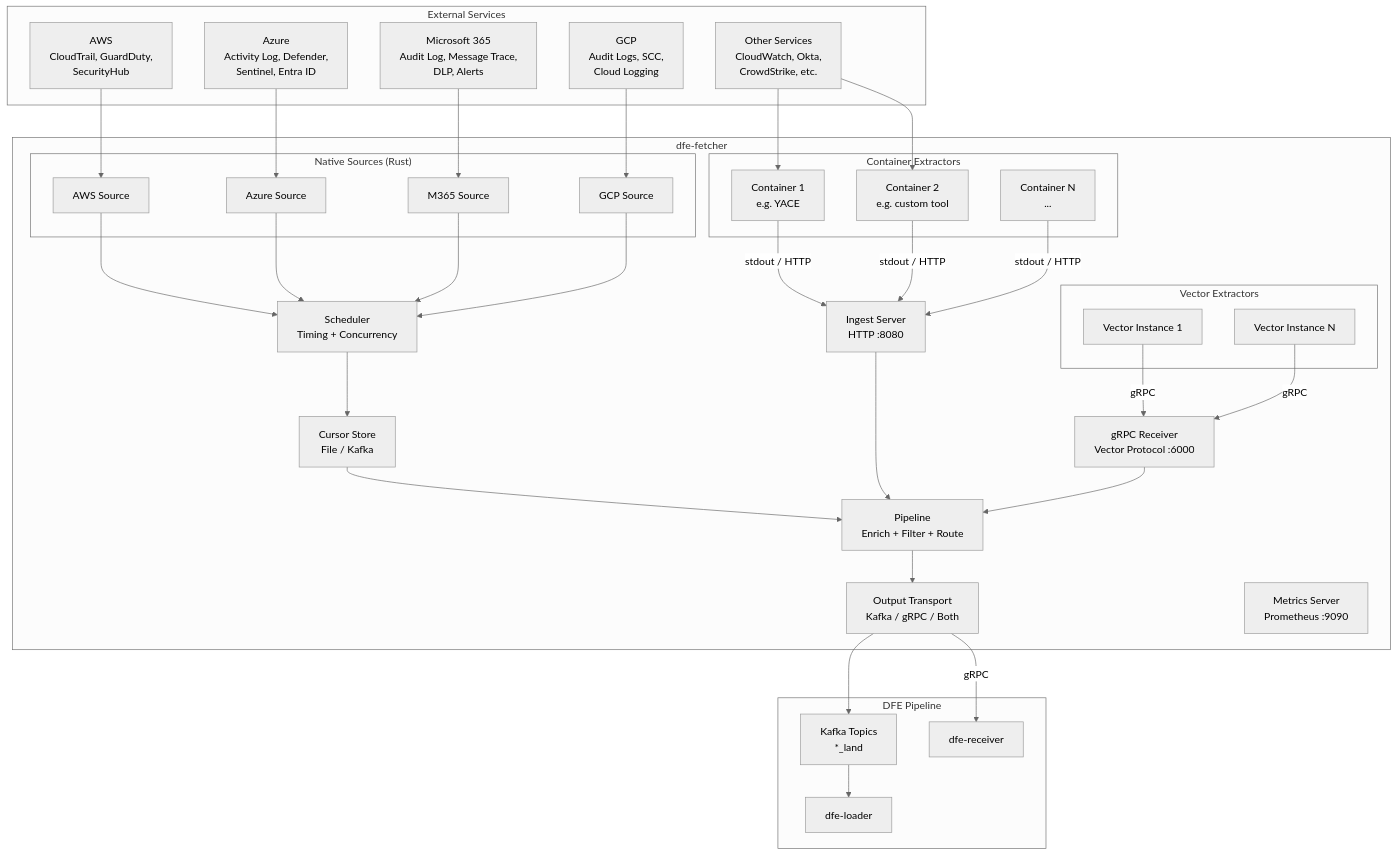
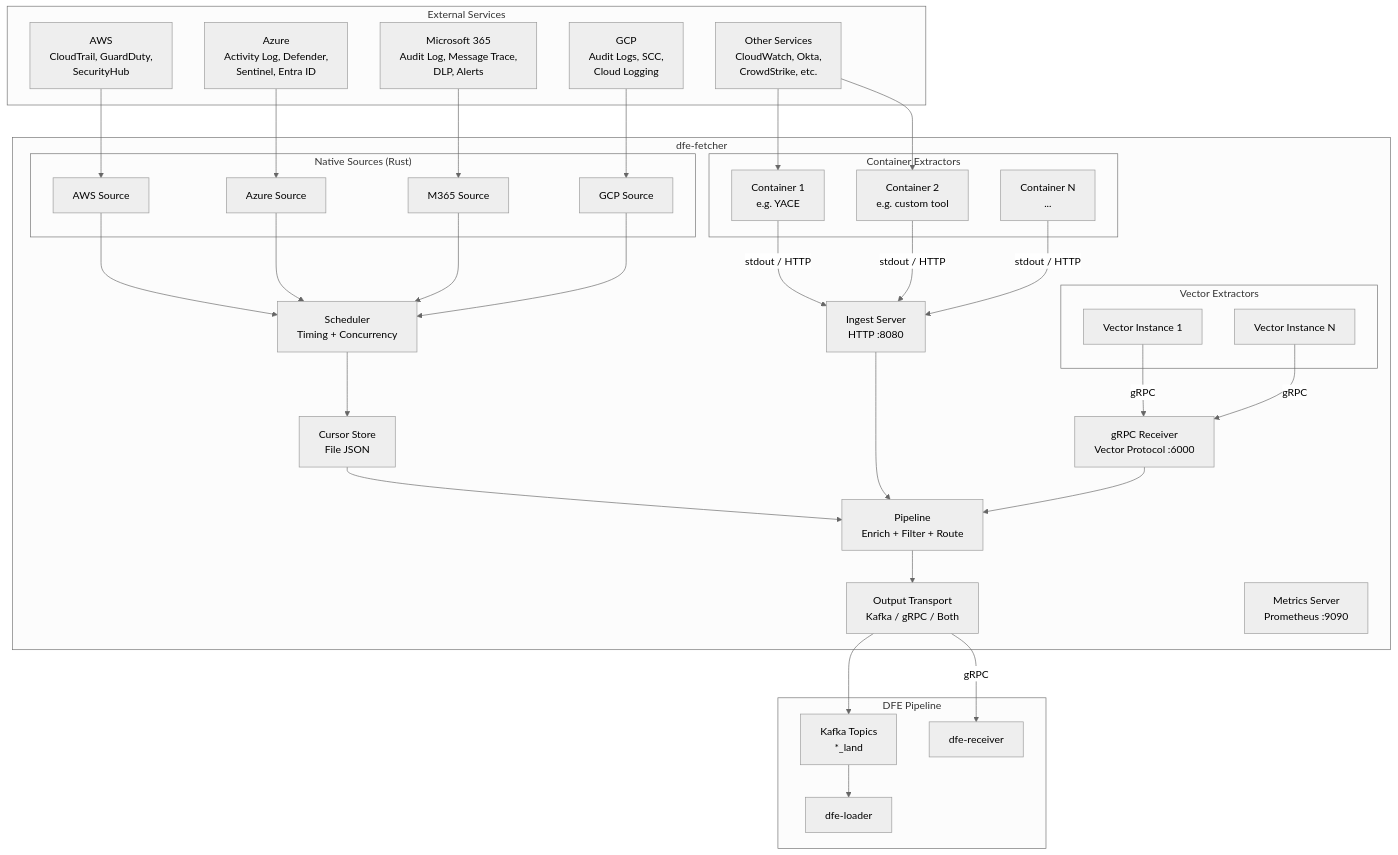
Before and after one commit to hyperi-io/dfe-fetcher: the first of 8 diagrams in docs/DESIGN.md, drawn with Mermaid (neutral theme). The commit also changed other lines of this file and 12 other files, not shown here.

First line of the commit message:
fix: simplify cursor store to single-file JSON, remove Kafka backend

````diff
--- a/docs/DESIGN.md
+++ b/docs/DESIGN.md
@@ -9,71 +9,71 @@
 ```mermaid
 graph TB
     subgraph External Services
         AWS[AWS<br>CloudTrail, GuardDuty,<br>SecurityHub]
         Azure[Azure<br>Activity Log, Defender,<br>Sentinel, Entra ID]
         M365[Microsoft 365<br>Audit Log, Message Trace,<br>DLP, Alerts]
         GCP[GCP<br>Audit Logs, SCC,<br>Cloud Logging]
         Other[Other Services<br>CloudWatch, Okta,<br>CrowdStrike, etc.]
     end
 
     subgraph dfe-fetcher
         subgraph "Native Sources (Rust)"
             NS_AWS[AWS Source]
             NS_Azure[Azure Source]
             NS_M365[M365 Source]
             NS_GCP[GCP Source]
         end
 
         subgraph "Container Extractors"
             CE1[Container 1<br>e.g. YACE]
             CE2[Container 2<br>e.g. custom tool]
             CE3[Container N<br>...]
         end
 
         subgraph "Vector Extractors"
             VE1[Vector Instance 1]
             VE2[Vector Instance N]
         end
 
         Scheduler[Scheduler<br>Timing + Concurrency]
-        CursorStore[Cursor Store<br>File / Kafka]
+        CursorStore[Cursor Store<br>File JSON]
         Pipeline[Pipeline<br>Enrich + Filter + Route]
         Ingest[Ingest Server<br>HTTP :8080]
         GRPC[gRPC Receiver<br>Vector Protocol :6000]
         Output[Output Transport<br>Kafka / gRPC / Both]
         Metrics[Metrics Server<br>Prometheus :9090]
     end
 
     subgraph DFE Pipeline
         Kafka[Kafka Topics<br>*_land]
         Receiver[dfe-receiver]
         Loader[dfe-loader]
     end
 
     AWS --> NS_AWS
     Azure --> NS_Azure
     M365 --> NS_M365
     GCP --> NS_GCP
     Other --> CE1
     Other --> CE2
 
     NS_AWS --> Scheduler
     NS_Azure --> Scheduler
     NS_M365 --> Scheduler
     NS_GCP --> Scheduler
 
     Scheduler --> CursorStore
     CursorStore --> Pipeline
     CE1 -->|stdout / HTTP| Ingest
     CE2 -->|stdout / HTTP| Ingest
     CE3 -->|stdout / HTTP| Ingest
     VE1 -->|gRPC| GRPC
     VE2 -->|gRPC| GRPC
     Ingest --> Pipeline
     GRPC --> Pipeline
 
     Pipeline --> Output
     Output --> Kafka
     Output -->|gRPC| Receiver
     Kafka --> Loader
 ```
````
